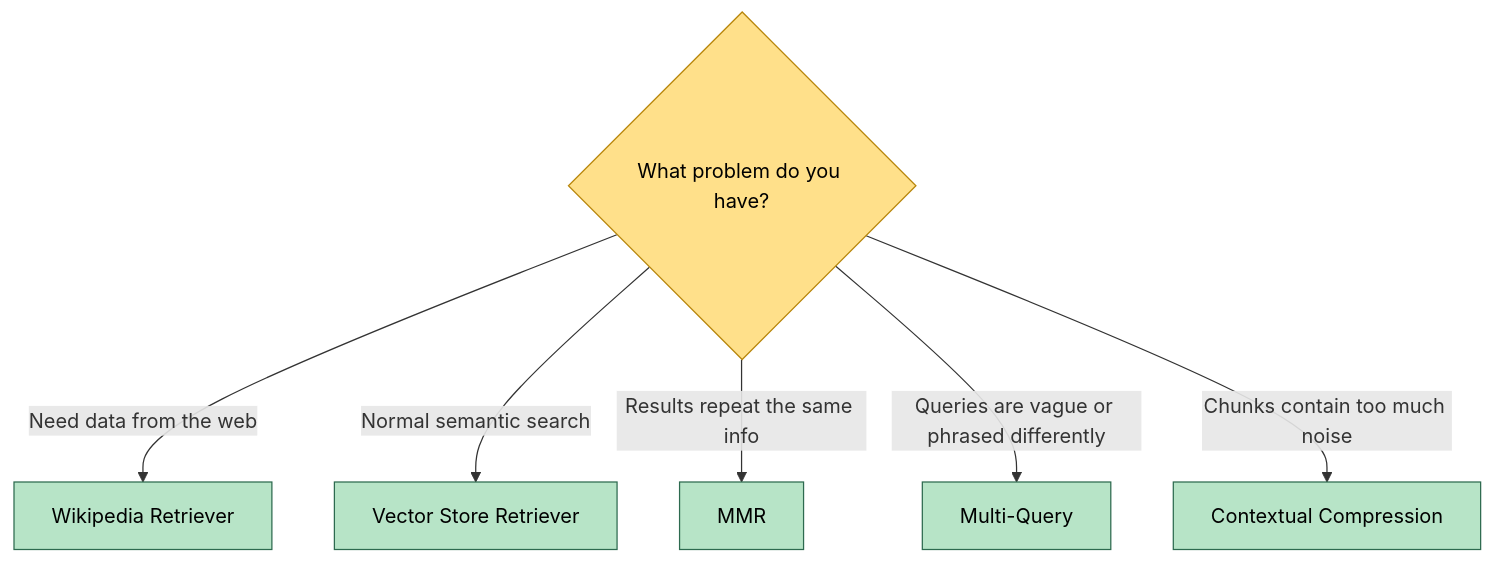
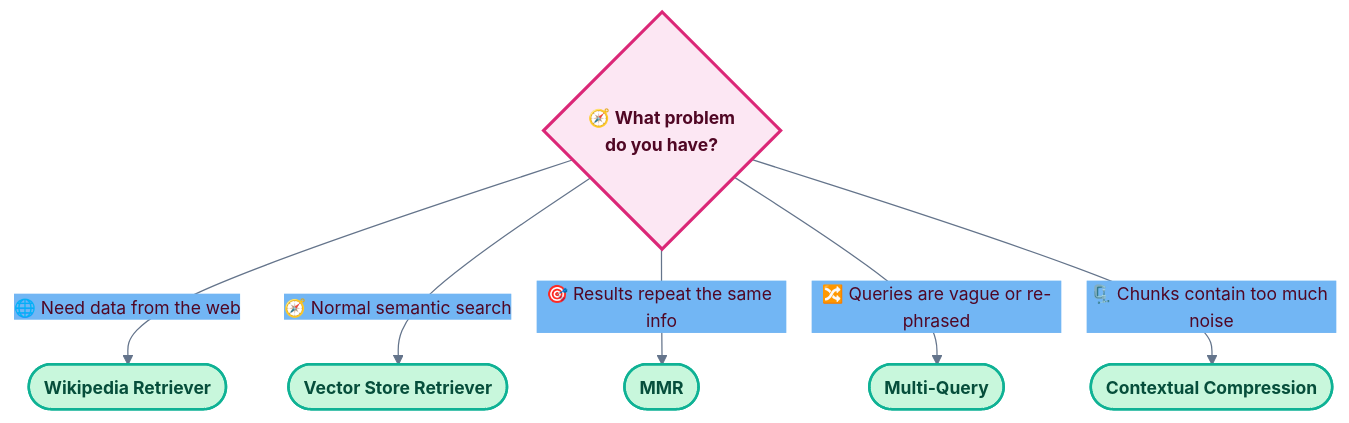
Before and after one commit to Og-Brutal/langchain-rag-pipeline: the sixth of 6 diagrams in README.md, drawn with Mermaid. The commit also changed other lines of this file, not shown here.

First line of the commit message:
docs: redesign README with polished visuals and refined diagrams

````diff
--- a/README.md
+++ b/README.md
@@ -297,16 +339,15 @@
 ```mermaid
+%%{init: {'theme':'base','themeVariables':{'primaryColor':'#F472B6','primaryTextColor':'#500724','primaryBorderColor':'#DB2777','lineColor':'#64748B','fontSize':'14px','fontFamily':'Inter, Segoe UI, sans-serif'}}}%%
 flowchart TD
-    Q{"What problem do you have?"}
-    Q -->|"Need data from the web"| W["Wikipedia Retriever"]
-    Q -->|"Normal semantic search"| V["Vector Store Retriever"]
-    Q -->|"Results repeat the same info"| M["MMR"]
-    Q -->|"Queries are vague or phrased differently"| MQ["Multi-Query"]
-    Q -->|"Chunks contain too much noise"| CC["Contextual Compression"]
+    Q{"🧭 <b>What problem<br/>do you have?</b>"}
+    Q -->|"🌐 Need data from the web"| W(["<b>Wikipedia Retriever</b>"])
+    Q -->|"🧭 Normal semantic search"| V(["<b>Vector Store Retriever</b>"])
+    Q -->|"🎯 Results repeat the same info"| M(["<b>MMR</b>"])
+    Q -->|"🔀 Queries are vague or re-phrased"| MQ(["<b>Multi-Query</b>"])
+    Q -->|"🗜️ Chunks contain too much noise"| CC(["<b>Contextual Compression</b>"])
 
-    style Q fill:#ffe08a,stroke:#b8860b,color:#000
-    style W fill:#b7e4c7,stroke:#2d6a4f,color:#000
-    style V fill:#b7e4c7,stroke:#2d6a4f,color:#000
-    style M fill:#b7e4c7,stroke:#2d6a4f,color:#000
-    style MQ fill:#b7e4c7,stroke:#2d6a4f,color:#000
-    style CC fill:#b7e4c7,stroke:#2d6a4f,color:#000
+    classDef q fill:#FCE7F3,stroke:#DB2777,stroke-width:2.5px,color:#500724
+    classDef sol fill:#C8F7DC,stroke:#0FB295,stroke-width:2px,color:#064E3B
+    class Q q
+    class W,V,M,MQ,CC sol
 ```
````
